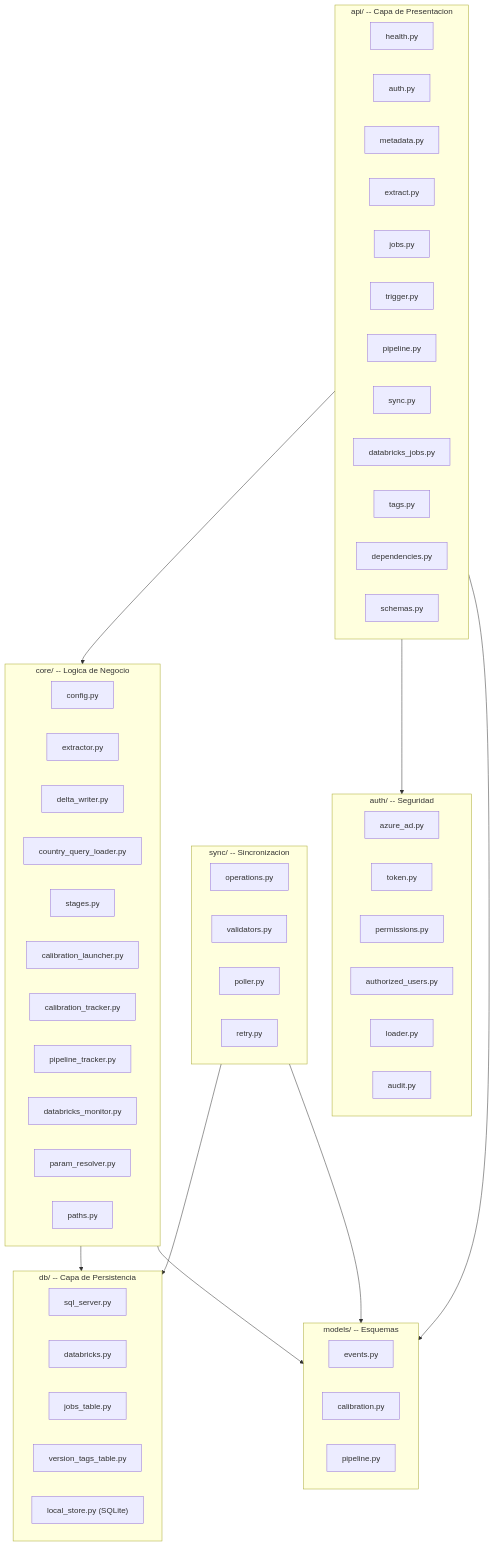
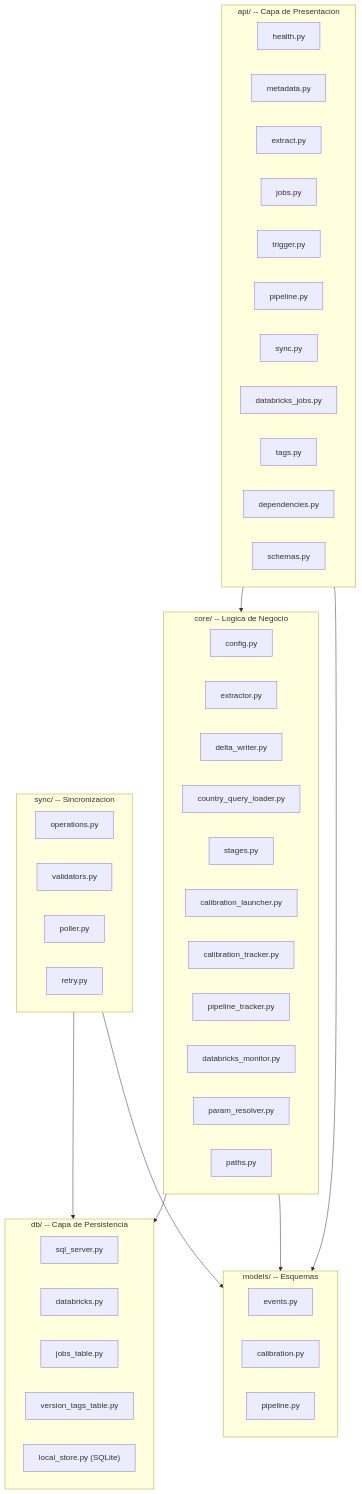
Before and after one commit to jaalduna/sql-databricks-bridge: the first of 8 diagrams in docs/backend-documentation.md, drawn with Mermaid. The commit also changed other lines of this file and 10 other files, not shown here.

First line of the commit message:
docs: update backend and frontend documentation, remove obsolete diagrams

````diff
--- a/docs/backend-documentation.md
+++ b/docs/backend-documentation.md
@@ -98,69 +94,58 @@
 ```mermaid
 flowchart TB
     subgraph API["api/ -- Capa de Presentacion"]
         routes_health["health.py"]
-        routes_auth["auth.py"]
         routes_metadata["metadata.py"]
         routes_extract["extract.py"]
         routes_jobs["jobs.py"]
         routes_trigger["trigger.py"]
         routes_pipeline["pipeline.py"]
         routes_sync["sync.py"]
         routes_databricks["databricks_jobs.py"]
         routes_tags["tags.py"]
         deps["dependencies.py"]
         schemas["schemas.py"]
     end
 
     subgraph CORE["core/ -- Logica de Negocio"]
         config["config.py"]
         extractor["extractor.py"]
         delta_writer["delta_writer.py"]
         query_loader["country_query_loader.py"]
         stages["stages.py"]
         cal_launcher["calibration_launcher.py"]
         cal_tracker["calibration_tracker.py"]
         pipe_tracker["pipeline_tracker.py"]
         db_monitor["databricks_monitor.py"]
         param_resolver["param_resolver.py"]
         paths["paths.py"]
     end
 
     subgraph DB["db/ -- Capa de Persistencia"]
         sql_server["sql_server.py"]
         databricks_db["databricks.py"]
         jobs_table["jobs_table.py"]
         version_tags["version_tags_table.py"]
         local_store["local_store.py (SQLite)"]
     end
 
     subgraph SYNC["sync/ -- Sincronizacion"]
         operations["operations.py"]
         validators["validators.py"]
         poller["poller.py"]
         retry["retry.py"]
     end
 
-    subgraph AUTH["auth/ -- Seguridad"]
-        azure_ad["azure_ad.py"]
-        auth_token["token.py"]
-        permissions["permissions.py"]
-        authorized_users["authorized_users.py"]
-        loader["loader.py"]
-        audit["audit.py"]
-    end
-
     subgraph MODELS["models/ -- Esquemas"]
         events["events.py"]
         calibration["calibration.py"]
         pipeline_model["pipeline.py"]
     end
 
     API --> CORE
-    API --> AUTH
     API --> MODELS
     CORE --> DB
     SYNC --> DB
     CORE --> MODELS
     SYNC --> MODELS
 ```
````
